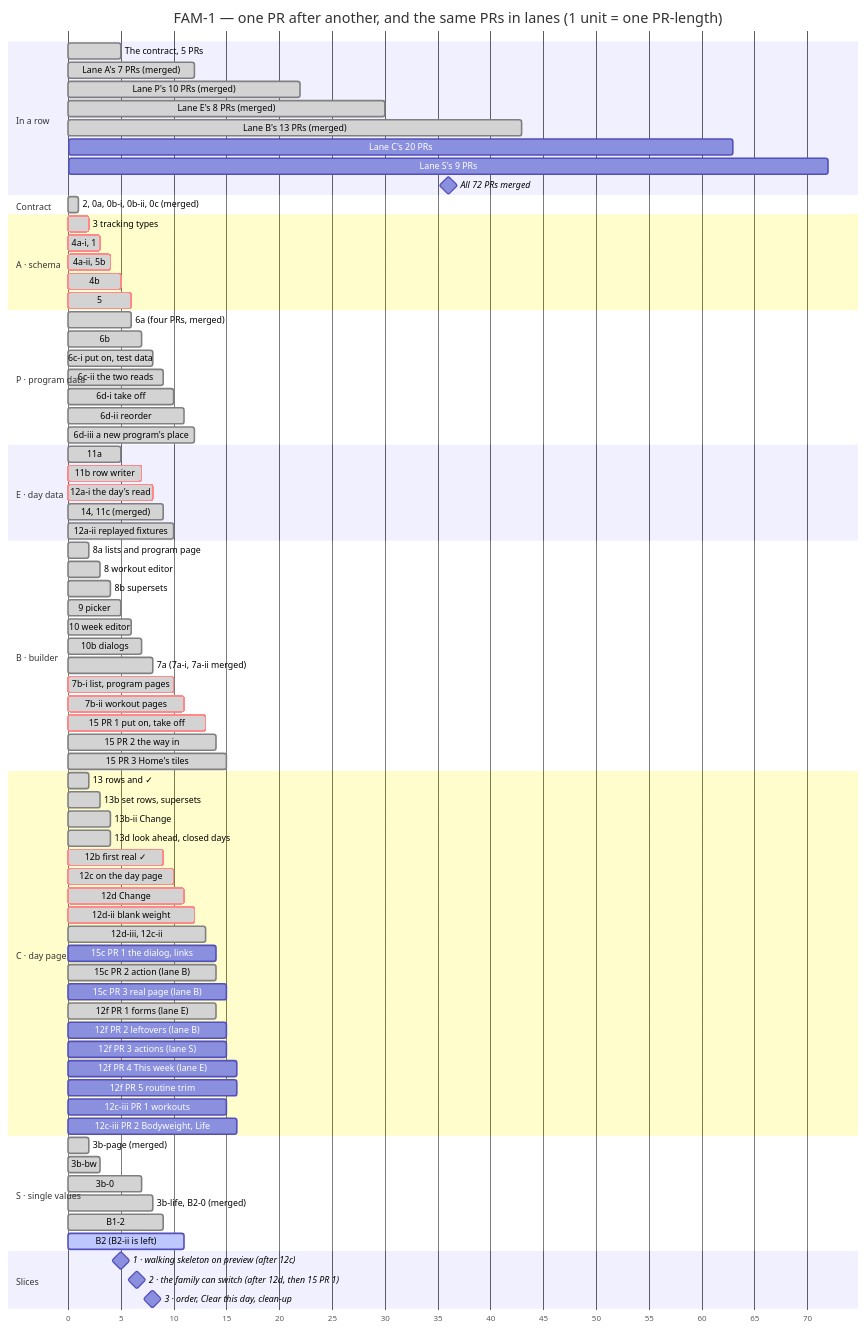
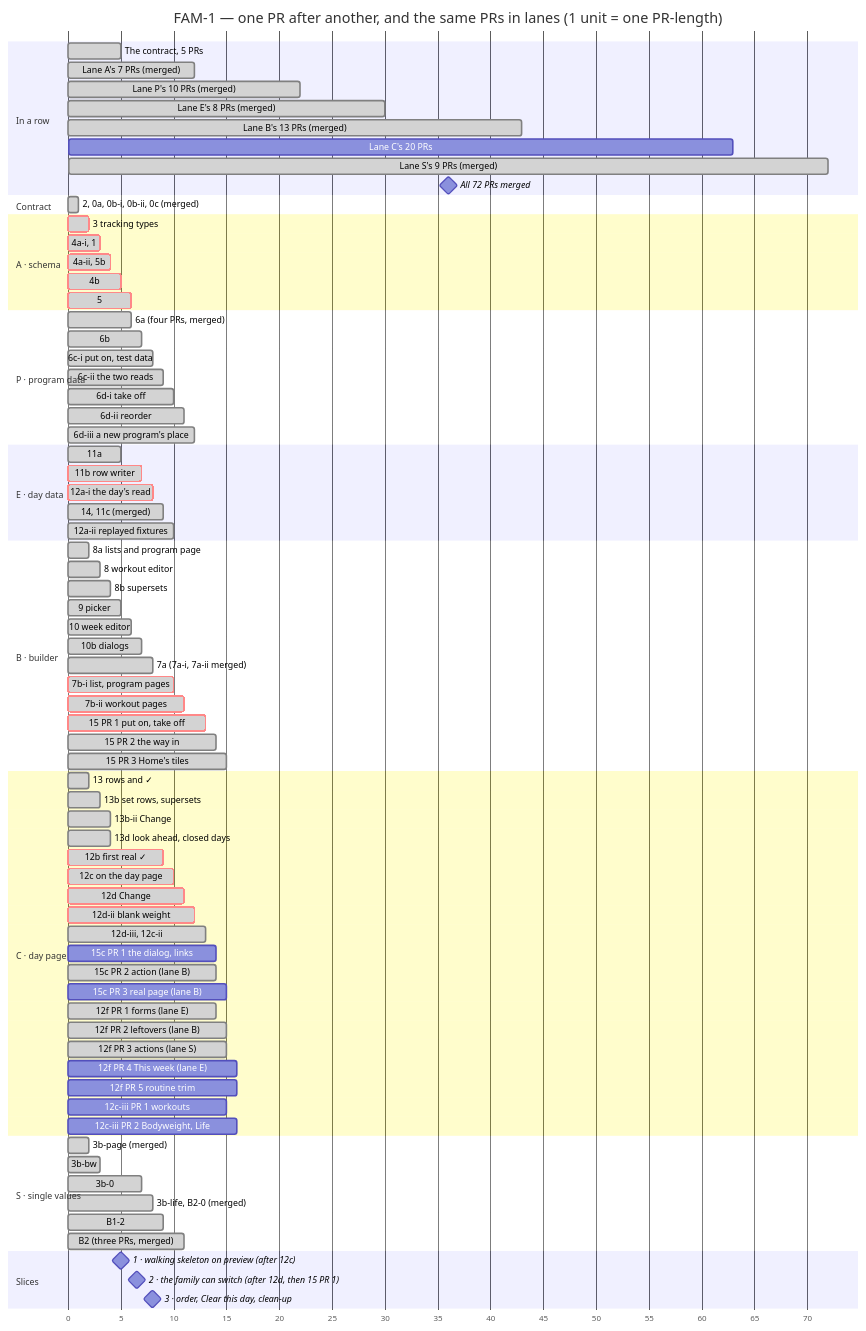
One commit to ralamode/mat-plan changed the second of 2 diagrams in docs/milestones/fam-1-family-program.md. Above: the diagram before and after it, drawn with Mermaid. The commit also changed other lines of this file and 3 other files, not shown here.

```diff
--- a/docs/milestones/fam-1-family-program.md
+++ b/docs/milestones/fam-1-family-program.md
@@ -271,7 +271,7 @@
   Lane E's 8 PRs (merged)      :done, r3, 22, 30
   Lane B's 13 PRs (merged)     :done, r4, 30, 43
   Lane C's 20 PRs              :r5, 43, 63
-  Lane S's 9 PRs               :r6, 63, 72
+  Lane S's 9 PRs (merged)      :done, r6, 63, 72
   All 72 PRs merged            :milestone, rm, 72, 72
 
   section Contract
@@ -328,8 +328,8 @@
   15c PR 2 action (lane B)     :done, c7b, 13, 14
   15c PR 3 real page (lane B)  :c7c, 14, 15
   12f PR 1 forms (lane E)      :done, c9a, 13, 14
-  12f PR 2 leftovers (lane B)  :c9b, 14, 15
-  12f PR 3 actions (lane S)    :c9c, 14, 15
+  12f PR 2 leftovers (lane B)  :done, c9b, 14, 15
+  12f PR 3 actions (lane S)    :done, c9c, 14, 15
   12f PR 4 This week (lane E)  :c9d, 15, 16
   12f PR 5 routine trim        :c9e, 15, 16
   12c-iii PR 1 workouts        :c8a, 14, 15
@@ -341,7 +341,7 @@
   3b-0                         :done, s3, 6, 7
   3b-life, B2-0 (merged)       :done, s4, 7, 8
   B1-2                         :done, s5, 8, 9
-  B2 (B2-ii is left)           :active, s6, 10, 11
+  B2 (three PRs, merged)       :done, s6, 10, 11
 
   section Slices
   1 · walking skeleton on preview (after 12c) :milestone, m1, 10, 10
```
